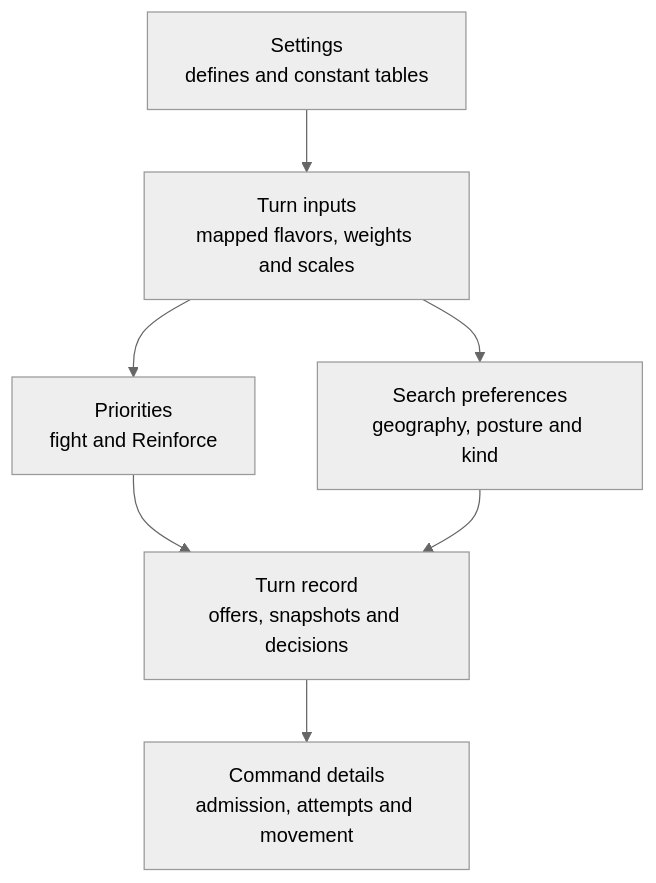
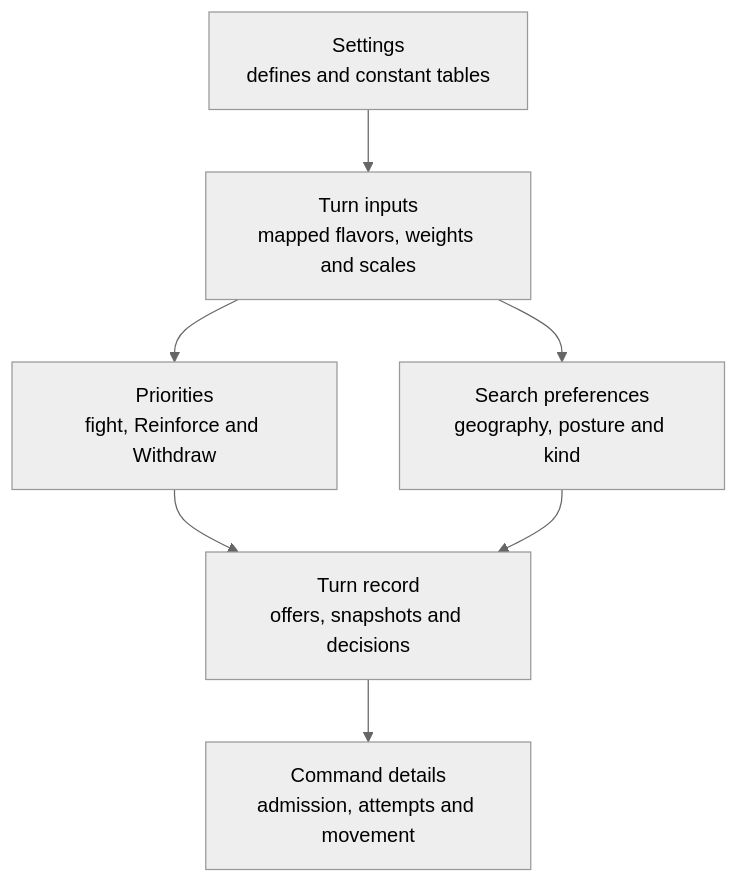
The diagram in docs/developers/civ5-dll/unit-ai/commands/reference.md (vox-deorum/vox-deorum), drawn with Mermaid (neutral theme) before and after one commit. The commit also changed other lines of this file and 28 other files, not shown here.

````diff
--- a/docs/developers/civ5-dll/unit-ai/commands/reference.md
+++ b/docs/developers/civ5-dll/unit-ai/commands/reference.md
@@ -5,9 +5,9 @@
 ```mermaid
 flowchart TD
     S["Settings<br/>defines and constant tables"] --> W["Turn inputs<br/>mapped flavors, weights and scales"]
-    W --> P["Priorities<br/>fight and Reinforce"]
+    W --> P["Priorities<br/>fight, Reinforce and Withdraw"]
     W --> F["Search preferences<br/>geography, posture and kind"]
     P --> R["Turn record<br/>offers, snapshots and decisions"]
     F --> R
     R --> C["Command details<br/>admission, attempts and movement"]
 ```
````
